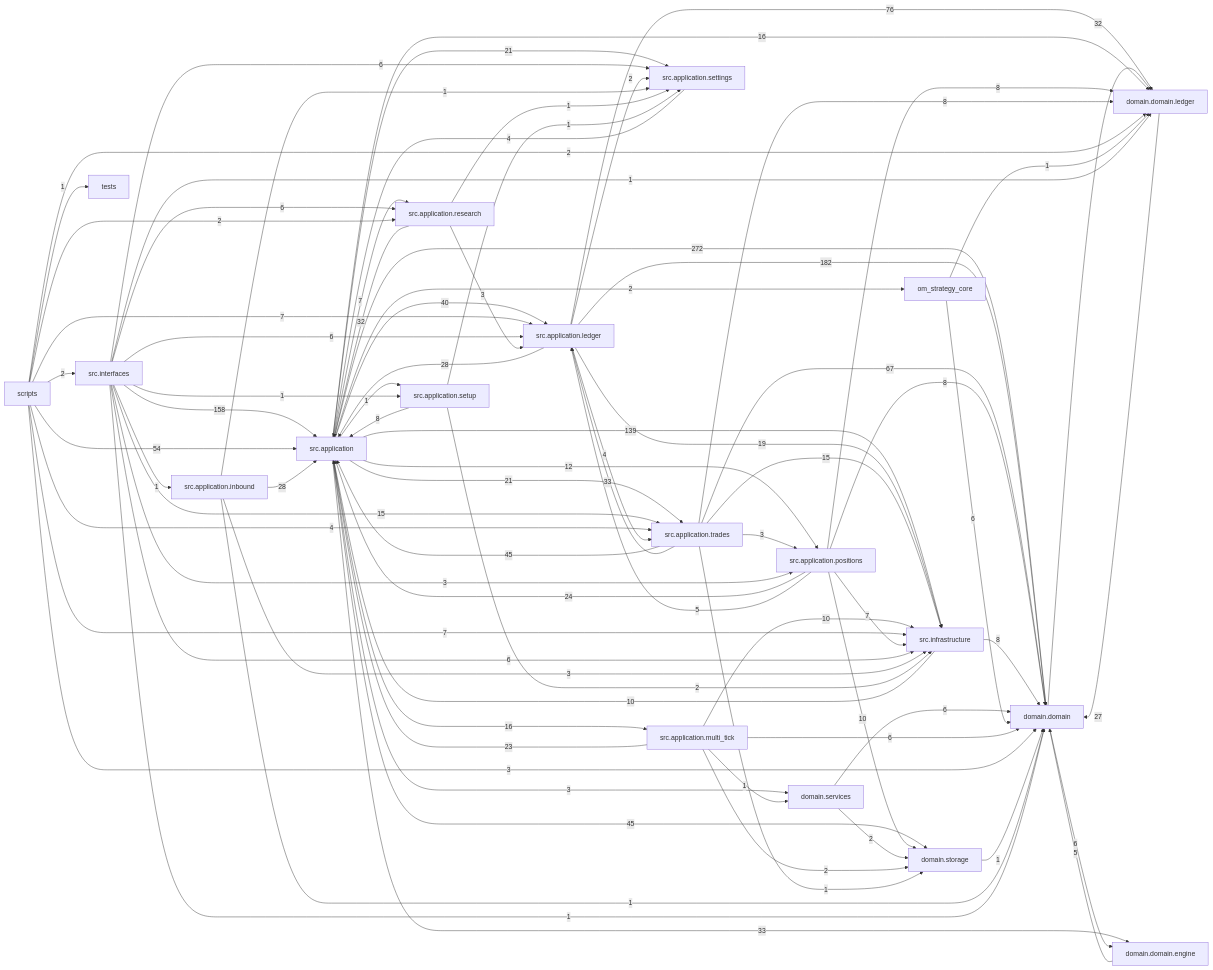
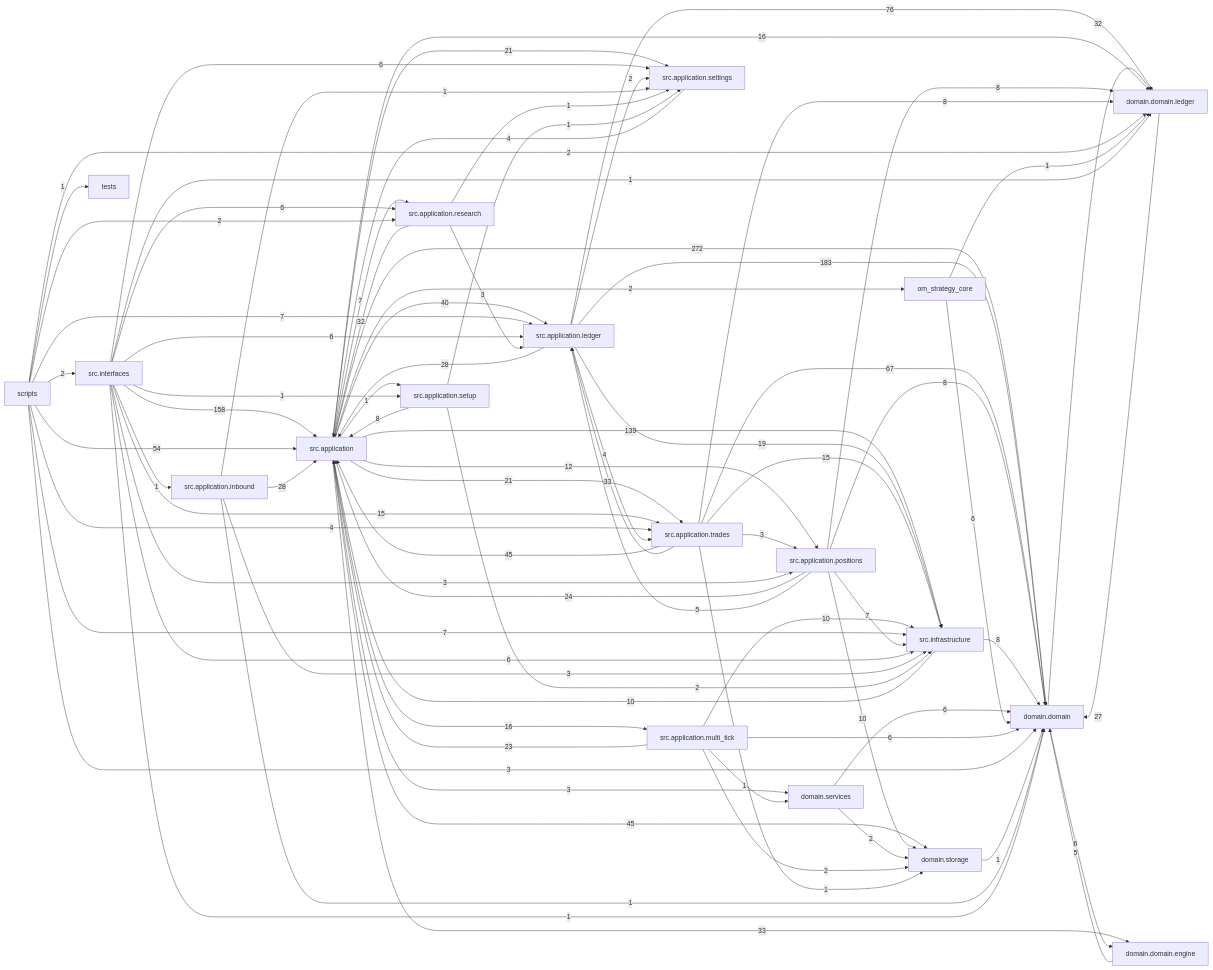
One commit to liuxie066/options-monitor changed the diagram in docs/dependency_graph.mmd. Above: the diagram before and after it, drawn with Mermaid. The commit also changed 6 other files, not shown here.

```diff
--- a/docs/dependency_graph.mmd
+++ b/docs/dependency_graph.mmd
@@ -1,81 +1,81 @@
 flowchart LR
   src_application["src.application"] -->|272| domain_domain["domain.domain"]
-  src_application_ledger["src.application.ledger"] -->|182| domain_domain["domain.domain"]
+  src_application_ledger["src.application.ledger"] -->|183| domain_domain["domain.domain"]
   src_interfaces["src.interfaces"] -->|158| src_application["src.application"]
   src_application["src.application"] -->|139| src_infrastructure["src.infrastructure"]
   src_application_ledger["src.application.ledger"] -->|76| domain_domain_ledger["domain.domain.ledger"]
   src_application_trades["src.application.trades"] -->|67| domain_domain["domain.domain"]
   scripts["scripts"] -->|54| src_application["src.application"]
   src_application["src.application"] -->|45| domain_storage["domain.storage"]
   src_application_trades["src.application.trades"] -->|45| src_application["src.application"]
   src_application["src.application"] -->|40| src_application_ledger["src.application.ledger"]
   src_application["src.application"] -->|33| domain_domain_engine["domain.domain.engine"]
   src_application_trades["src.application.trades"] -->|33| src_application_ledger["src.application.ledger"]
   domain_domain["domain.domain"] -->|32| domain_domain_ledger["domain.domain.ledger"]
   src_application_research["src.application.research"] -->|32| src_application["src.application"]
   src_application_inbound["src.application.inbound"] -->|28| src_application["src.application"]
   src_application_ledger["src.application.ledger"] -->|28| src_application["src.application"]
   domain_domain_ledger["domain.domain.ledger"] -->|27| domain_domain["domain.domain"]
   src_application_positions["src.application.positions"] -->|24| src_application["src.application"]
   src_application_multi_tick["src.application.multi_tick"] -->|23| src_application["src.application"]
   src_application["src.application"] -->|21| src_application_settings["src.application.settings"]
   src_application["src.application"] -->|21| src_application_trades["src.application.trades"]
   src_application_ledger["src.application.ledger"] -->|19| src_infrastructure["src.infrastructure"]
   src_application["src.application"] -->|16| domain_domain_ledger["domain.domain.ledger"]
   src_application["src.application"] -->|16| src_application_multi_tick["src.application.multi_tick"]
   src_application_trades["src.application.trades"] -->|15| src_infrastructure["src.infrastructure"]
   src_interfaces["src.interfaces"] -->|15| src_application_trades["src.application.trades"]
   src_application["src.application"] -->|12| src_application_positions["src.application.positions"]
   src_application_multi_tick["src.application.multi_tick"] -->|10| src_infrastructure["src.infrastructure"]
   src_application_positions["src.application.positions"] -->|10| domain_storage["domain.storage"]
   src_infrastructure["src.infrastructure"] -->|10| src_application["src.application"]
   src_application_positions["src.application.positions"] -->|8| domain_domain["domain.domain"]
   src_application_positions["src.application.positions"] -->|8| domain_domain_ledger["domain.domain.ledger"]
   src_application_setup["src.application.setup"] -->|8| src_application["src.application"]
   src_application_trades["src.application.trades"] -->|8| domain_domain_ledger["domain.domain.ledger"]
   src_infrastructure["src.infrastructure"] -->|8| domain_domain["domain.domain"]
   scripts["scripts"] -->|7| src_application_ledger["src.application.ledger"]
   scripts["scripts"] -->|7| src_infrastructure["src.infrastructure"]
   src_application["src.application"] -->|7| src_application_research["src.application.research"]
   src_application_positions["src.application.positions"] -->|7| src_infrastructure["src.infrastructure"]
   domain_domain["domain.domain"] -->|6| domain_domain_engine["domain.domain.engine"]
   domain_services["domain.services"] -->|6| domain_domain["domain.domain"]
   om_strategy_core["om_strategy_core"] -->|6| domain_domain["domain.domain"]
   src_application_multi_tick["src.application.multi_tick"] -->|6| domain_domain["domain.domain"]
   src_interfaces["src.interfaces"] -->|6| src_application_ledger["src.application.ledger"]
   src_interfaces["src.interfaces"] -->|6| src_application_research["src.application.research"]
   src_interfaces["src.interfaces"] -->|6| src_application_settings["src.application.settings"]
   src_interfaces["src.interfaces"] -->|6| src_infrastructure["src.infrastructure"]
   domain_domain_engine["domain.domain.engine"] -->|5| domain_domain["domain.domain"]
   src_application_positions["src.application.positions"] -->|5| src_application_ledger["src.application.ledger"]
   scripts["scripts"] -->|4| src_application_trades["src.application.trades"]
   src_application_ledger["src.application.ledger"] -->|4| src_application_trades["src.application.trades"]
   src_application_settings["src.application.settings"] -->|4| src_application["src.application"]
   scripts["scripts"] -->|3| domain_domain["domain.domain"]
   src_application["src.application"] -->|3| domain_services["domain.services"]
   src_application_inbound["src.application.inbound"] -->|3| src_infrastructure["src.infrastructure"]
   src_application_research["src.application.research"] -->|3| src_application_ledger["src.application.ledger"]
   src_application_trades["src.application.trades"] -->|3| src_application_positions["src.application.positions"]
   src_interfaces["src.interfaces"] -->|3| src_application_positions["src.application.positions"]
   domain_services["domain.services"] -->|2| domain_storage["domain.storage"]
   scripts["scripts"] -->|2| domain_domain_ledger["domain.domain.ledger"]
   scripts["scripts"] -->|2| src_application_research["src.application.research"]
   scripts["scripts"] -->|2| src_interfaces["src.interfaces"]
   src_application["src.application"] -->|2| om_strategy_core["om_strategy_core"]
   src_application_ledger["src.application.ledger"] -->|2| src_application_settings["src.application.settings"]
   src_application_multi_tick["src.application.multi_tick"] -->|2| domain_storage["domain.storage"]
   src_application_setup["src.application.setup"] -->|2| src_infrastructure["src.infrastructure"]
   domain_storage["domain.storage"] -->|1| domain_domain["domain.domain"]
   om_strategy_core["om_strategy_core"] -->|1| domain_domain_ledger["domain.domain.ledger"]
   scripts["scripts"] -->|1| tests["tests"]
   src_application["src.application"] -->|1| src_application_setup["src.application.setup"]
   src_application_inbound["src.application.inbound"] -->|1| domain_domain["domain.domain"]
   src_application_inbound["src.application.inbound"] -->|1| src_application_settings["src.application.settings"]
   src_application_multi_tick["src.application.multi_tick"] -->|1| domain_services["domain.services"]
   src_application_research["src.application.research"] -->|1| src_application_settings["src.application.settings"]
   src_application_setup["src.application.setup"] -->|1| src_application_settings["src.application.settings"]
   src_application_trades["src.application.trades"] -->|1| domain_storage["domain.storage"]
   src_interfaces["src.interfaces"] -->|1| domain_domain["domain.domain"]
   src_interfaces["src.interfaces"] -->|1| domain_domain_ledger["domain.domain.ledger"]
   src_interfaces["src.interfaces"] -->|1| src_application_inbound["src.application.inbound"]
   src_interfaces["src.interfaces"] -->|1| src_application_setup["src.application.setup"]
```
